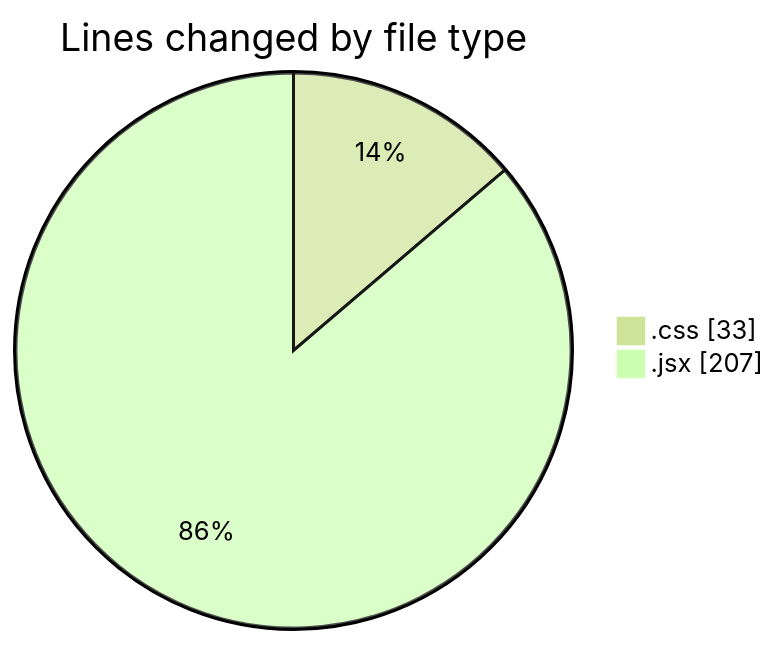
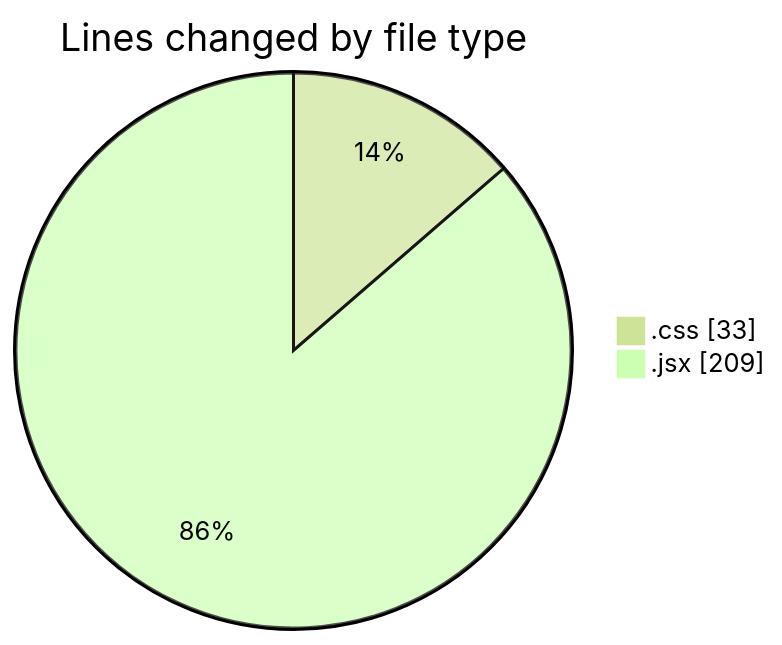
The first of 2 diagrams in 2025-02-14/elitegpt/README.md (Elitesun/code-tracking), drawn with Mermaid (forest theme) before and after one commit. The commit also changed other lines of this file and 1 other file, not shown here.

````diff
--- a/2025-02-14/elitegpt/README.md
+++ b/2025-02-14/elitegpt/README.md
@@ -24,6 +24,6 @@
 ```mermaid
 pie showData
 title Lines changed by file type
 ".css" : 33
-".jsx" : 207
+".jsx" : 209
 ```
````
